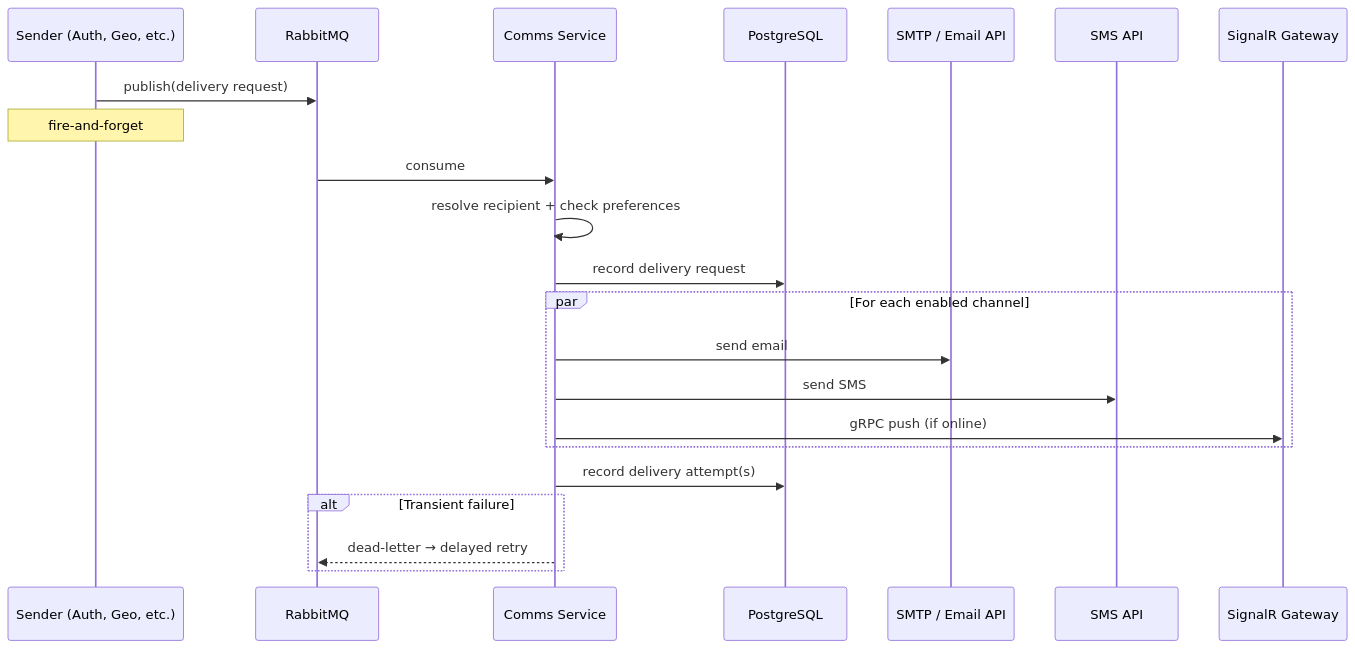
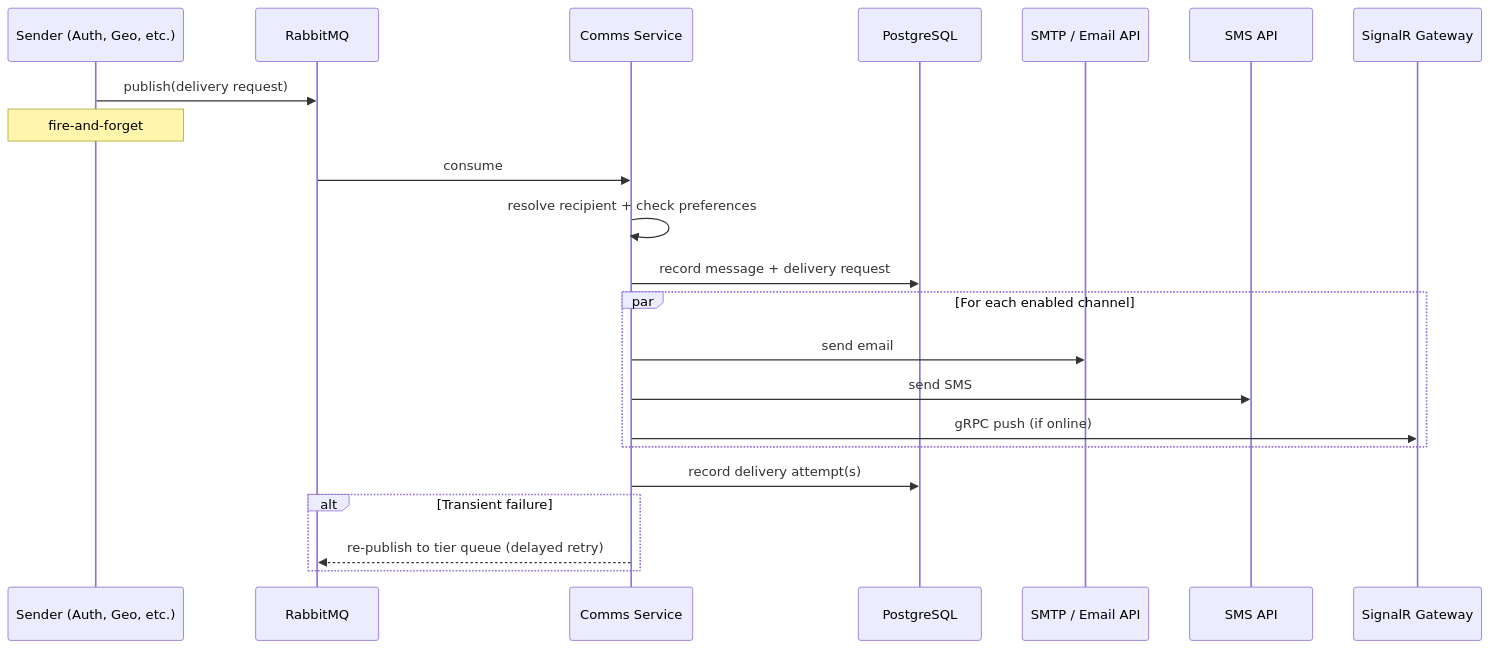
The third of 5 diagrams in backends/node/services/comms/COMMS.md (DCSV-io/D2-WORX), drawn with Mermaid before and after one commit. The commit also changed other lines of this file and 159 other files, not shown here.

First line of the commit message:
refactor(comms,auth): create @d2/comms-client, simplify comms architecture

````diff
--- a/backends/node/services/comms/COMMS.md
+++ b/backends/node/services/comms/COMMS.md
@@ -347,29 +332,29 @@
 ```mermaid
 sequenceDiagram
     participant Sender as Sender (Auth, Geo, etc.)
     participant RMQ as RabbitMQ
     participant Comms as Comms Service
     participant PG as PostgreSQL
     participant Email as SMTP / Email API
     participant SMS as SMS API
     participant SR as SignalR Gateway
 
     Sender->>RMQ: publish(delivery request)
     Note over Sender: fire-and-forget
 
     RMQ->>Comms: consume
     Comms->>Comms: resolve recipient + check preferences
-    Comms->>PG: record delivery request
+    Comms->>PG: record message + delivery request
 
     par For each enabled channel
         Comms->>Email: send email
         Comms->>SMS: send SMS
         Comms->>SR: gRPC push (if online)
     end
 
     Comms->>PG: record delivery attempt(s)
 
     alt Transient failure
-        Comms-->>RMQ: dead-letter → delayed retry
+        Comms-->>RMQ: re-publish to tier queue (delayed retry)
     end
 ```
````
